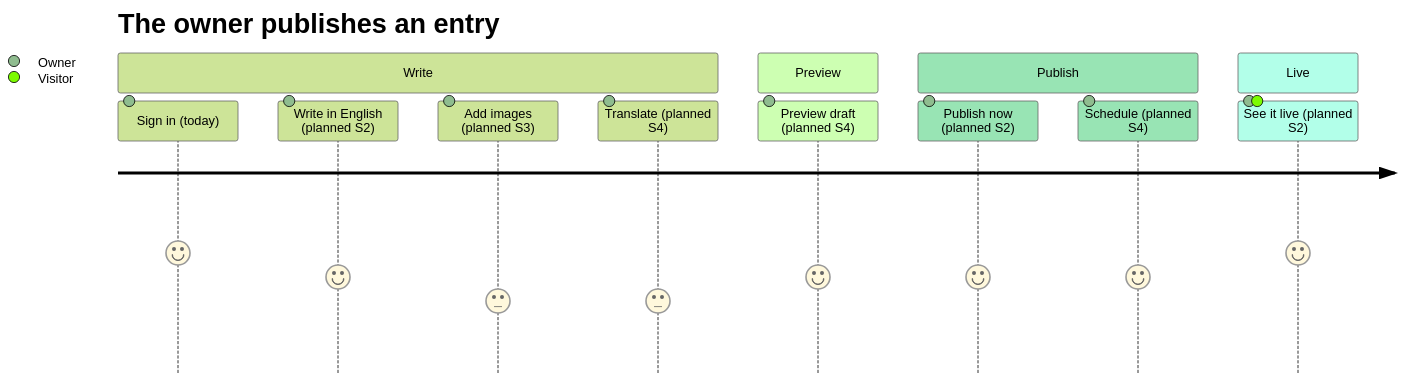
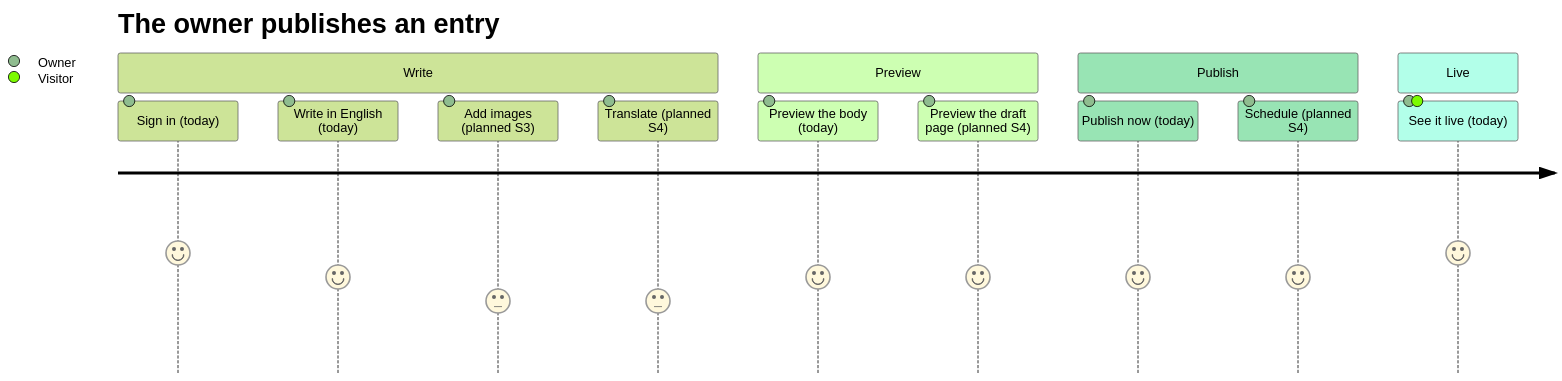
Before and after one commit to ycmcuenca/ycmcuenca-core: the fourth of 4 diagrams in docs/USER_JOURNEY.md, drawn with Mermaid (forest theme). The commit also changed other lines of this file and 12 other files, not shown here.

````diff
--- a/docs/USER_JOURNEY.md
+++ b/docs/USER_JOURNEY.md
@@ -105,16 +105,17 @@
 ```mermaid
 journey
     title The owner publishes an entry
     section Write
       Sign in (today): 5: Owner
-      Write in English (planned S2): 4: Owner
+      Write in English (today): 4: Owner
       Add images (planned S3): 3: Owner
       Translate (planned S4): 3: Owner
     section Preview
-      Preview draft (planned S4): 4: Owner
+      Preview the body (today): 4: Owner
+      Preview the draft page (planned S4): 4: Owner
     section Publish
-      Publish now (planned S2): 4: Owner
+      Publish now (today): 4: Owner
       Schedule (planned S4): 4: Owner
     section Live
-      See it live (planned S2): 5: Owner, Visitor
+      See it live (today): 5: Owner, Visitor
 ```
````
